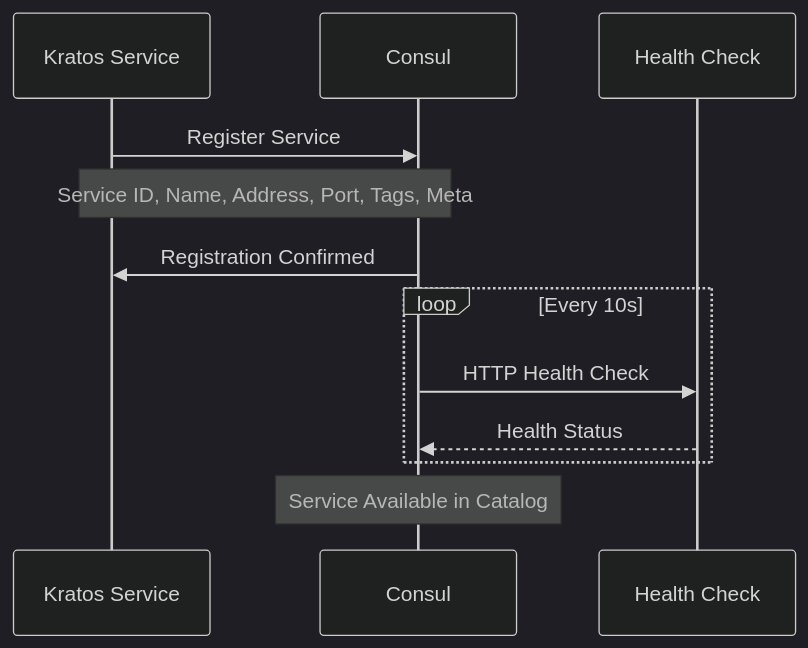
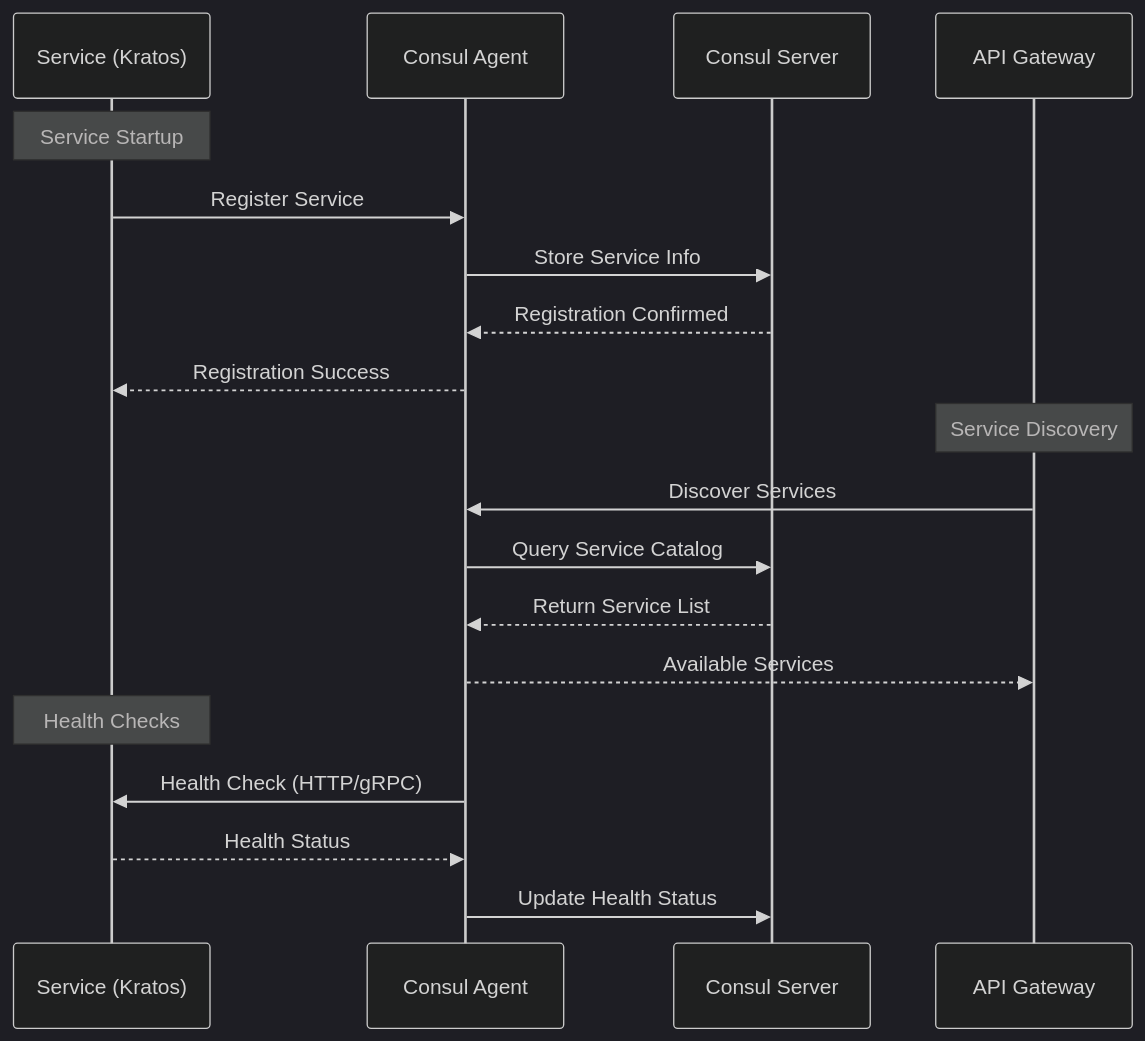
The diagram in docs/architecture/kratos-consul-integration.md (vesviet/Composable-Commerce-Service-Architecture), drawn with Mermaid (dark theme) before and after one commit. The commit also changed other lines of this file and 15 other files, not shown here.

````diff
--- a/docs/architecture/kratos-consul-integration.md
+++ b/docs/architecture/kratos-consul-integration.md
@@ -69,17 +11,24 @@
 ```mermaid
 sequenceDiagram
-    participant Service as Kratos Service
-    participant Consul as Consul
-    participant HealthCheck as Health Check
+    participant S as Service (Kratos)
+    participant C as Consul Agent
+    participant CS as Consul Server
+    participant API as API Gateway
     
-    Service->>Consul: Register Service
-    Note over Service,Consul: Service ID, Name, Address, Port, Tags, Meta
-    Consul->>Service: Registration Confirmed
+    Note over S: Service Startup
+    S->>C: Register Service
+    C->>CS: Store Service Info
+    CS-->>C: Registration Confirmed
+    C-->>S: Registration Success
     
-    loop Every 10s
-        Consul->>HealthCheck: HTTP Health Check
-        HealthCheck-->>Consul: Health Status
-    end
+    Note over API: Service Discovery
+    API->>C: Discover Services
+    C->>CS: Query Service Catalog
+    CS-->>C: Return Service List
+    C-->>API: Available Services
     
-    Note over Consul: Service Available in Catalog
+    Note over S: Health Checks
+    C->>S: Health Check (HTTP/gRPC)
+    S-->>C: Health Status
+    C->>CS: Update Health Status
 ```
````
